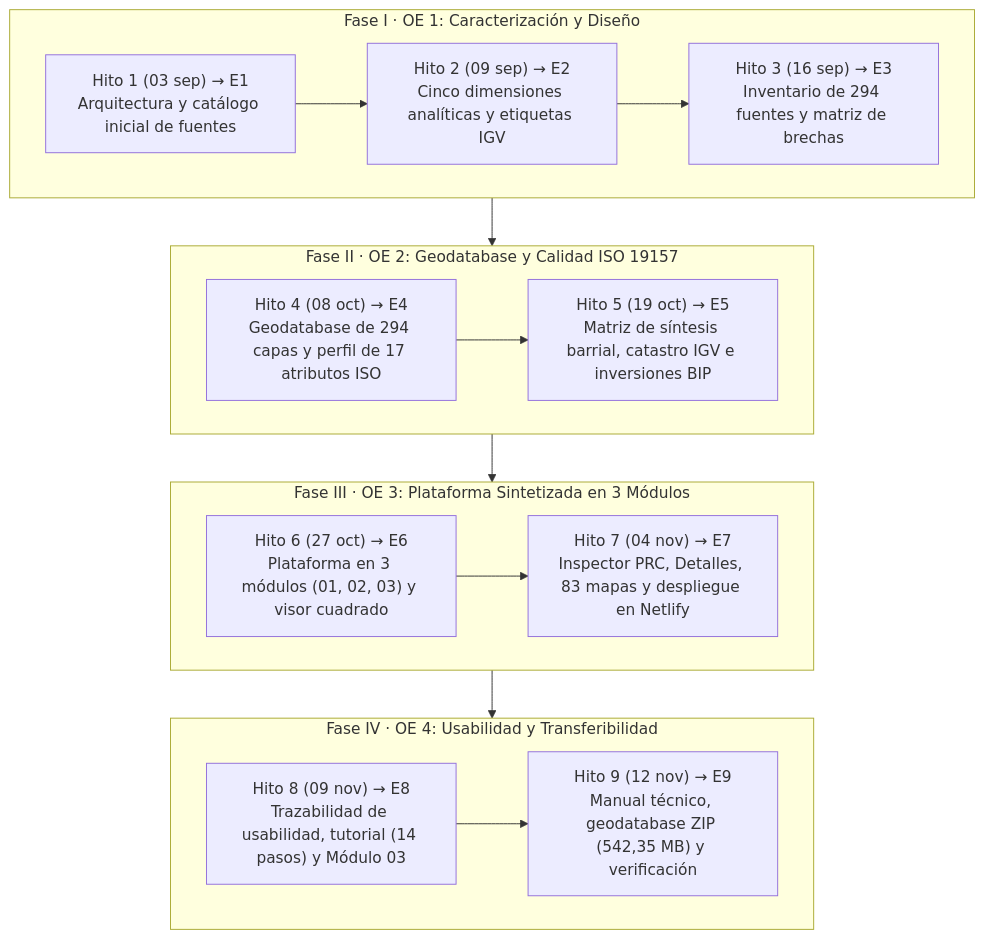
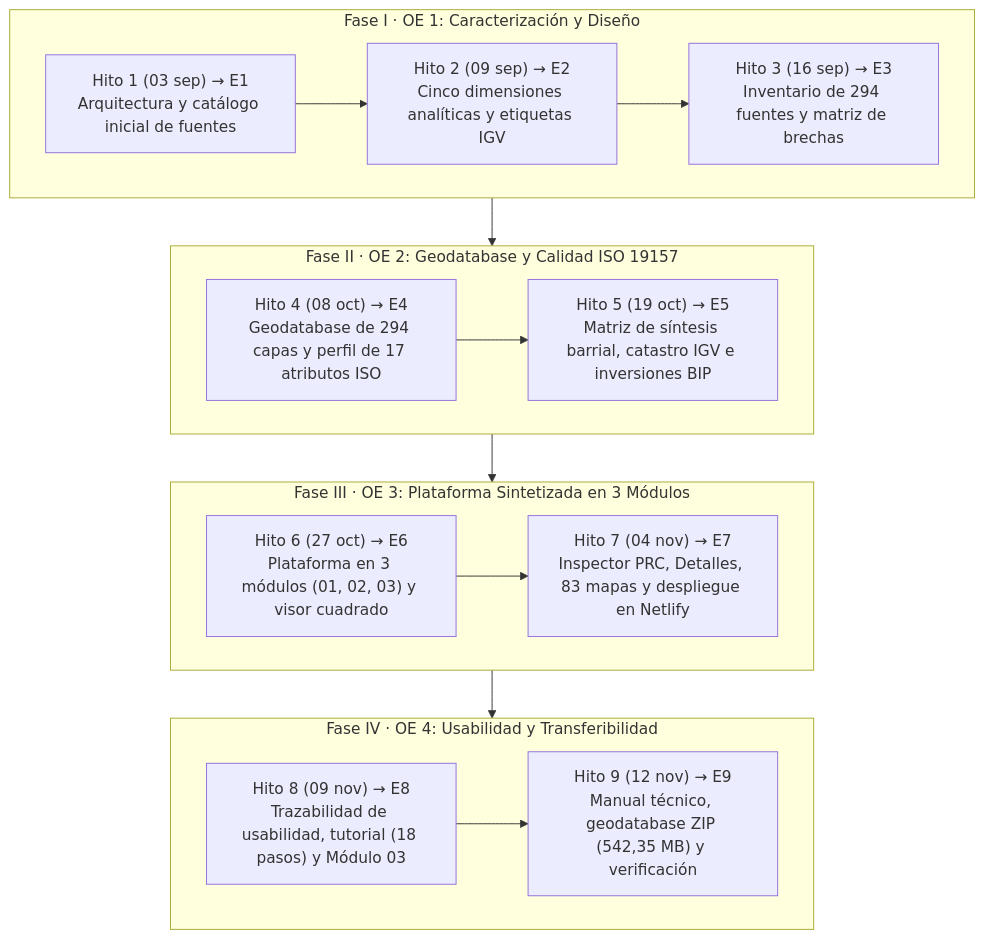
Before and after one commit to GEOJOTA/atlas-vgi-barrio-brasil: the sixth of 11 diagrams in docs/MANUAL_ACTUALIZACION_ATLAS.md, drawn with Mermaid. The commit also changed other lines of this file and 22 other files, not shown here.

````diff
--- a/docs/MANUAL_ACTUALIZACION_ATLAS.md
+++ b/docs/MANUAL_ACTUALIZACION_ATLAS.md
@@ -344,21 +344,21 @@
 ```mermaid
 flowchart TD
     subgraph OE1_G["Fase I · OE 1: Caracterización y Diseño"]
         H1["Hito 1 (03 sep) → E1\nArquitectura y catálogo inicial de fuentes"] --> H2["Hito 2 (09 sep) → E2\nCinco dimensiones analíticas y etiquetas IGV"]
         H2 --> H3["Hito 3 (16 sep) → E3\nInventario de 294 fuentes y matriz de brechas"]
     end
 
     subgraph OE2_G["Fase II · OE 2: Geodatabase y Calidad ISO 19157"]
         H4["Hito 4 (08 oct) → E4\nGeodatabase de 294 capas y perfil de 17 atributos ISO"] --> H5["Hito 5 (19 oct) → E5\nMatriz de síntesis barrial, catastro IGV e inversiones BIP"]
     end
 
     subgraph OE3_G["Fase III · OE 3: Plataforma Sintetizada en 3 Módulos"]
         H6["Hito 6 (27 oct) → E6\nPlataforma en 3 módulos (01, 02, 03) y visor cuadrado"] --> H7["Hito 7 (04 nov) → E7\nInspector PRC, Detalles, 83 mapas y despliegue en Netlify"]
     end
 
     subgraph OE4_G["Fase IV · OE 4: Usabilidad y Transferibilidad"]
-        H8["Hito 8 (09 nov) → E8\nTrazabilidad de usabilidad, tutorial (14 pasos) y Módulo 03"] --> H9["Hito 9 (12 nov) → E9\nManual técnico, geodatabase ZIP (542,35 MB) y verificación"]
+        H8["Hito 8 (09 nov) → E8\nTrazabilidad de usabilidad, tutorial (18 pasos) y Módulo 03"] --> H9["Hito 9 (12 nov) → E9\nManual técnico, geodatabase ZIP (542,35 MB) y verificación"]
     end
 
     OE1_G --> OE2_G --> OE3_G --> OE4_G
 ```
````
